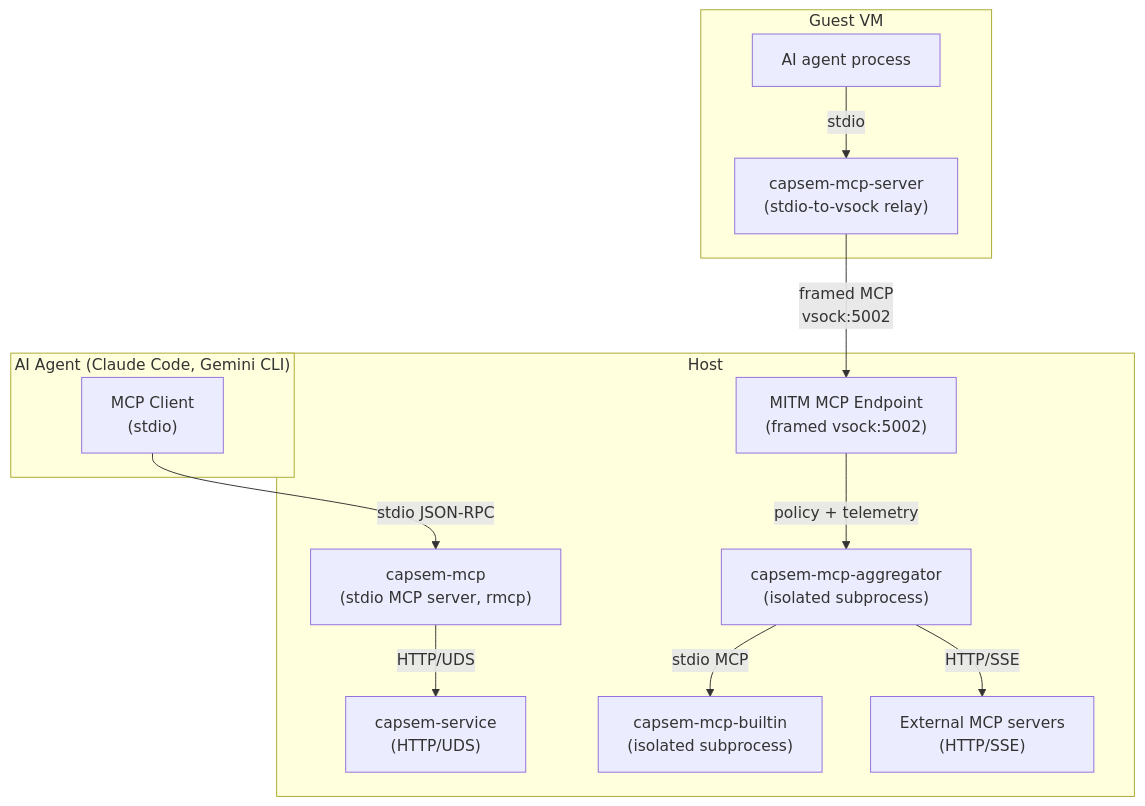
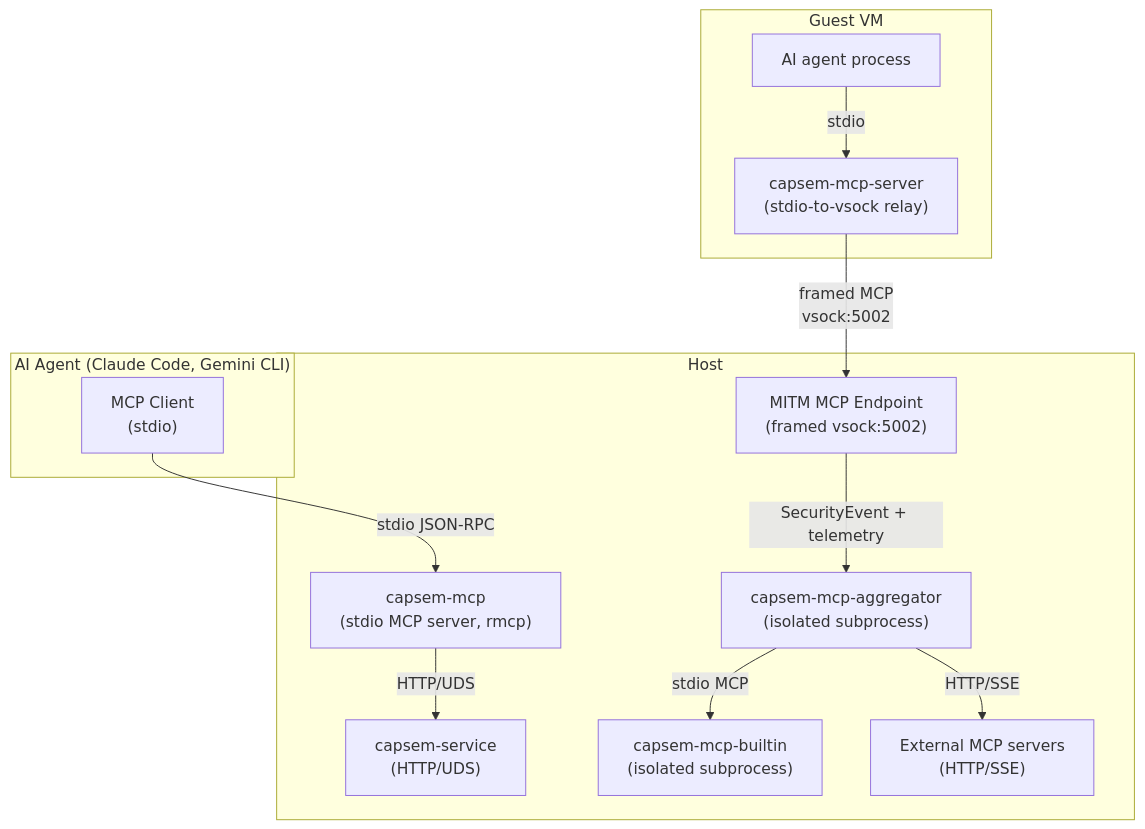
Before and after one commit to google/capsem: the first of 4 diagrams in docs/src/content/docs/architecture/mcp-gateway.md, drawn with Mermaid. The commit also changed other lines of this file and 11 other files, not shown here.

````diff
--- a/docs/src/content/docs/architecture/mcp-gateway.md
+++ b/docs/src/content/docs/architecture/mcp-gateway.md
@@ -12,29 +12,29 @@
 ```mermaid
 graph TB
     subgraph "AI Agent (Claude Code, Gemini CLI)"
         AGENT["MCP Client<br/>(stdio)"]
     end
 
     subgraph "Host"
         HOST_MCP["capsem-mcp<br/>(stdio MCP server, rmcp)"]
         SVC["capsem-service<br/>(HTTP/UDS)"]
         GW["MITM MCP Endpoint<br/>(framed vsock:5002)"]
         AGG["capsem-mcp-aggregator<br/>(isolated subprocess)"]
         BUILTIN["capsem-mcp-builtin<br/>(isolated subprocess)"]
         EXT["External MCP servers<br/>(HTTP/SSE)"]
     end
 
     subgraph "Guest VM"
         GUEST_MCP["capsem-mcp-server<br/>(stdio-to-vsock relay)"]
         GUEST_AGENT["AI agent process"]
     end
 
     AGENT -->|stdio JSON-RPC| HOST_MCP
     HOST_MCP -->|HTTP/UDS| SVC
 
     GUEST_AGENT -->|stdio| GUEST_MCP
     GUEST_MCP -->|"framed MCP<br/>vsock:5002"| GW
-    GW -->|"policy + telemetry"| AGG
+    GW -->|"SecurityEvent + telemetry"| AGG
     AGG -->|"stdio MCP"| BUILTIN
     AGG -->|"HTTP/SSE"| EXT
 ```
````
